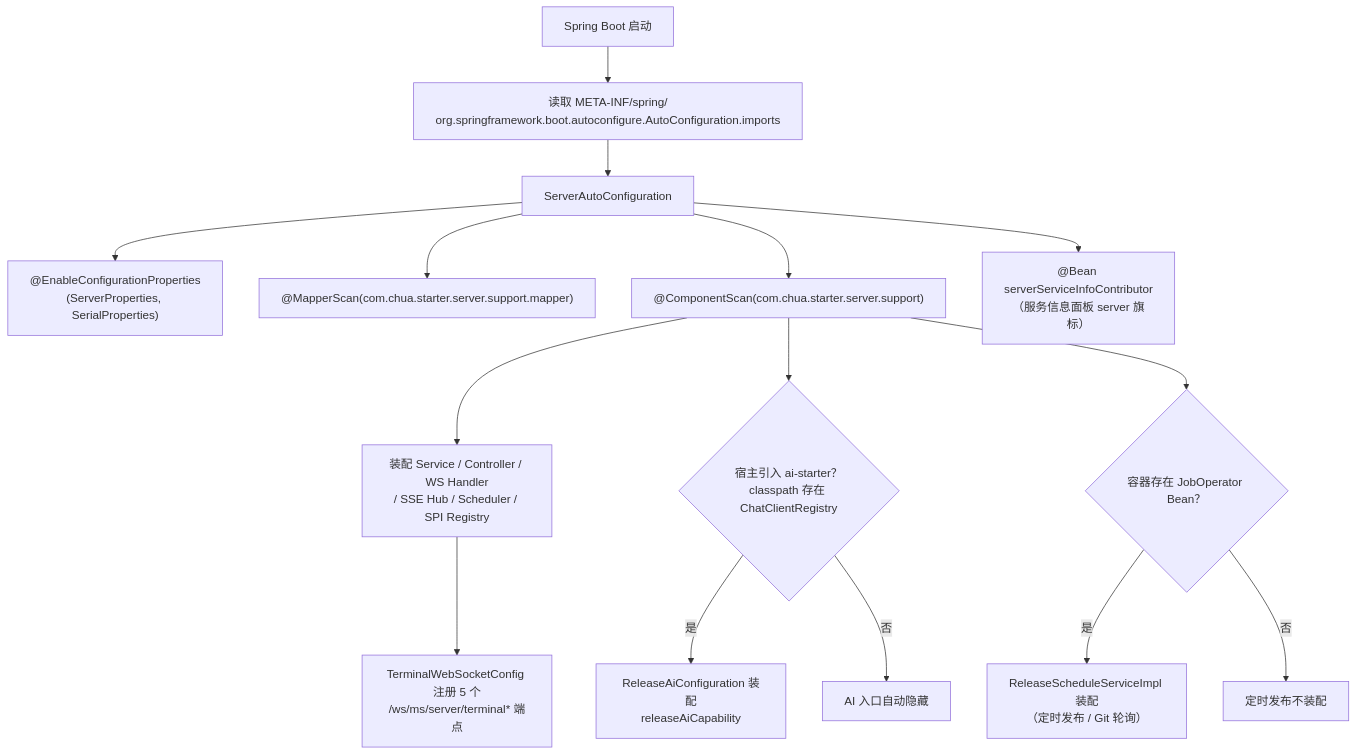
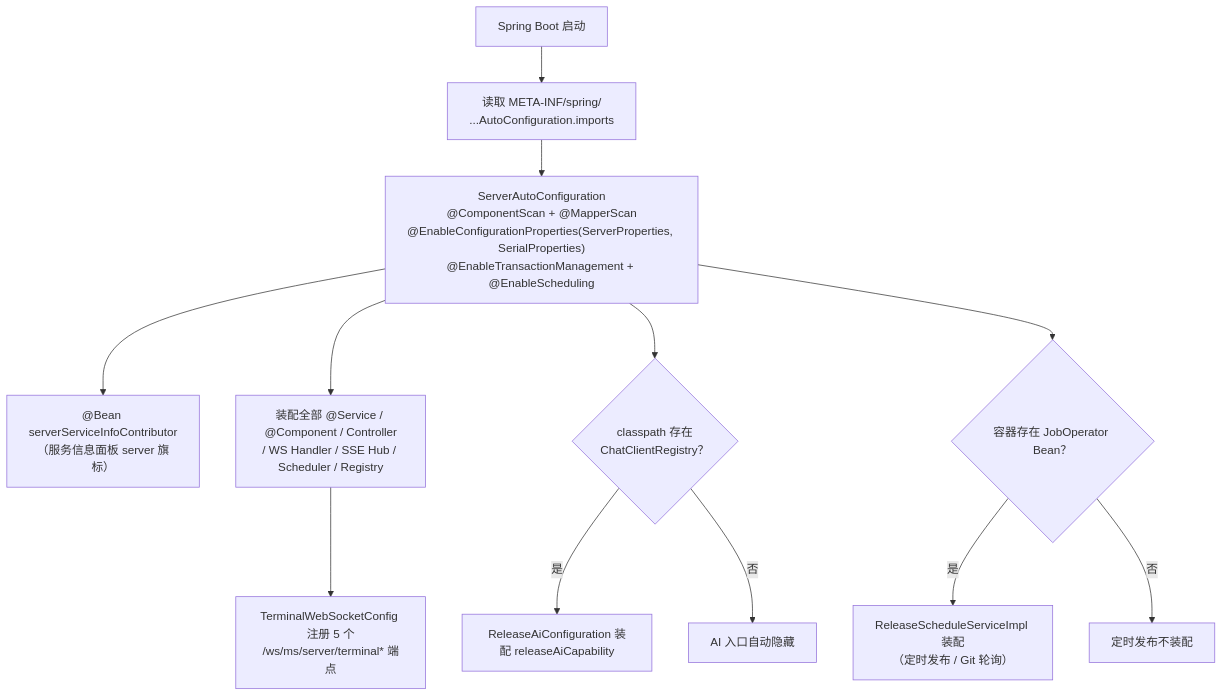
The second of 2 diagrams in spring-support-server-starter/README.md (CHTK001/spring-support-parent-starter), drawn with Mermaid before and after one commit. The commit also changed other lines of this file and 54 other files, not shown here.

````diff
--- a/spring-support-server-starter/README.md
+++ b/spring-support-server-starter/README.md
@@ -75,17 +33,14 @@
 ```mermaid
 flowchart TB
-    A["Spring Boot 启动"] --> B["读取 META-INF/spring/<br/>org.springframework.boot.autoconfigure.AutoConfiguration.imports"]
-    B --> C["ServerAutoConfiguration"]
-    C --> D["@EnableConfigurationProperties<br/>(ServerProperties, SerialProperties)"]
-    C --> E["@MapperScan(com.chua.starter.server.support.mapper)"]
-    C --> F["@ComponentScan(com.chua.starter.server.support)"]
-    C --> G["@Bean serverServiceInfoContributor<br/>（服务信息面板 server 旗标）"]
-    F --> H["装配 Service / Controller / WS Handler<br/>/ SSE Hub / Scheduler / SPI Registry"]
-    H --> I["TerminalWebSocketConfig 注册 5 个<br/>/ws/ms/server/terminal* 端点"]
-    F --> J{"宿主引入 ai-starter？<br/>classpath 存在 ChatClientRegistry"}
-    J -- "是" --> K["ReleaseAiConfiguration 装配<br/>releaseAiCapability"]
-    J -- "否" --> L["AI 入口自动隐藏"]
-    F --> M{"容器存在 JobOperator Bean？"}
-    M -- "是" --> N["ReleaseScheduleServiceImpl 装配<br/>（定时发布 / Git 轮询）"]
-    M -- "否" --> O["定时发布不装配"]
+    A["Spring Boot 启动"] --> B["读取 META-INF/spring/<br/>...AutoConfiguration.imports"]
+    B --> C["ServerAutoConfiguration<br/>@ComponentScan + @MapperScan<br/>@EnableConfigurationProperties(ServerProperties, SerialProperties)<br/>@EnableTransactionManagement + @EnableScheduling"]
+    C --> D["@Bean serverServiceInfoContributor<br/>（服务信息面板 server 旗标）"]
+    C --> E["装配全部 @Service / @Component / Controller<br/>/ WS Handler / SSE Hub / Scheduler / Registry"]
+    E --> F["TerminalWebSocketConfig 注册 5 个<br/>/ws/ms/server/terminal* 端点"]
+    C --> G{"classpath 存在<br/>ChatClientRegistry？"}
+    G -- 是 --> H["ReleaseAiConfiguration 装配 releaseAiCapability"]
+    G -- 否 --> I["AI 入口自动隐藏"]
+    C --> J{"容器存在 JobOperator Bean？"}
+    J -- 是 --> K["ReleaseScheduleServiceImpl 装配<br/>（定时发布 / Git 轮询）"]
+    J -- 否 --> L["定时发布不装配"]
 ```
````
